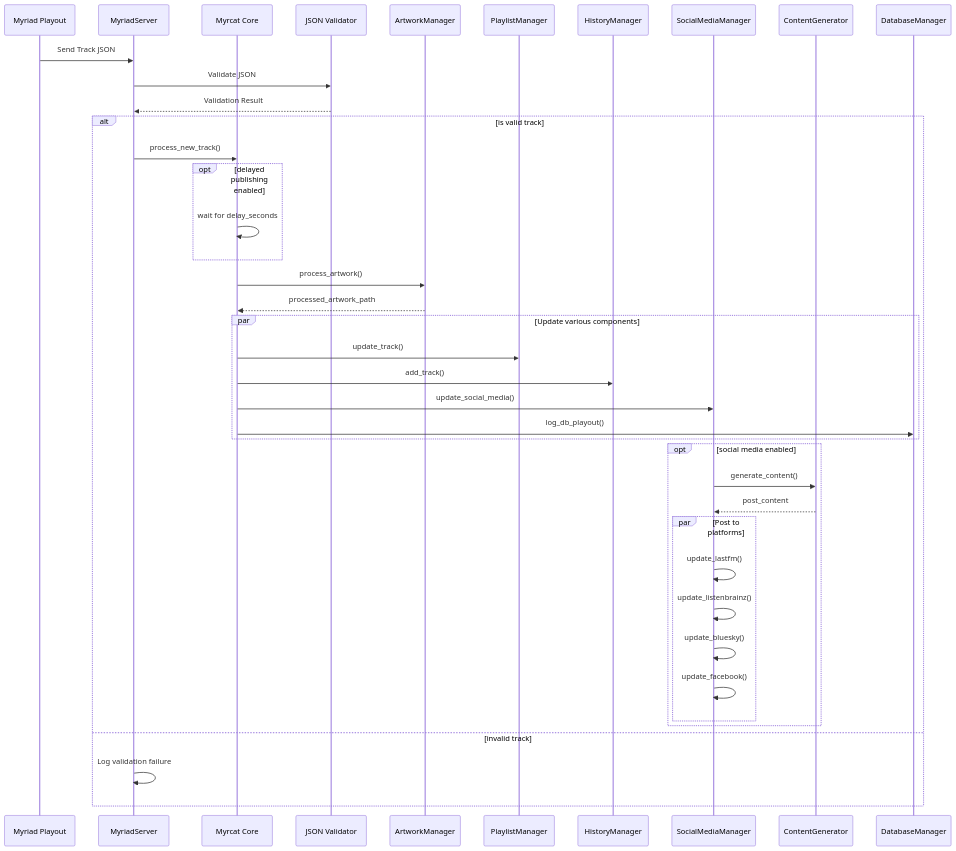
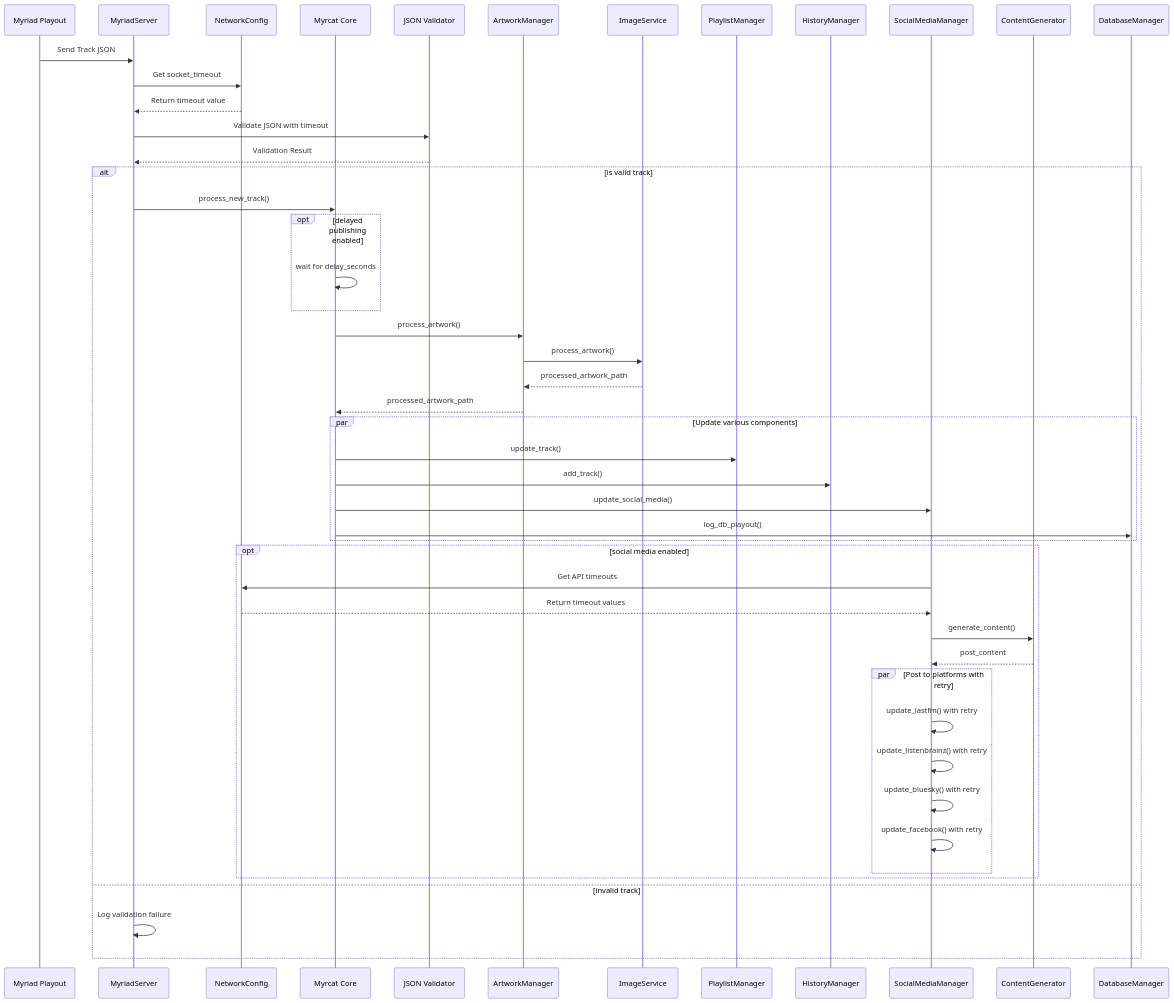
One commit to slyderc/myrcat changed the second of 3 diagrams in docs/ARCHITECTURE.md. Above: the diagram before and after it, drawn with Mermaid. The commit also changed other lines of this file and 20 other files, not shown here.

Commit message:
major refactor for utilities; update documentation; network config. settings

````diff
--- a/docs/ARCHITECTURE.md
+++ b/docs/ARCHITECTURE.md
@@ -534,49 +675,57 @@
 ```mermaid
 sequenceDiagram
     participant Myriad as Myriad Playout
     participant Server as MyriadServer
+    participant NetworkConfig as NetworkConfig
     participant Core as Myrcat Core
     participant Validator as JSON Validator
     participant Artwork as ArtworkManager
+    participant ImageService as ImageService
     participant Playlist as PlaylistManager
     participant History as HistoryManager
     participant Social as SocialMediaManager
     participant AI as ContentGenerator
     participant DB as DatabaseManager
     
     Myriad->>Server: Send Track JSON
-    Server->>Validator: Validate JSON
+    Server->>NetworkConfig: Get socket_timeout
+    NetworkConfig-->>Server: Return timeout value
+    Server->>Validator: Validate JSON with timeout
     Validator-->>Server: Validation Result
     
     alt is valid track
         Server->>Core: process_new_track()
         
         opt delayed publishing enabled
             Core->>Core: wait for delay_seconds
         end
         
         Core->>Artwork: process_artwork()
+        Artwork->>ImageService: process_artwork()
+        ImageService-->>Artwork: processed_artwork_path
         Artwork-->>Core: processed_artwork_path
         
         par Update various components
             Core->>Playlist: update_track()
             Core->>History: add_track()
             Core->>Social: update_social_media()
             Core->>DB: log_db_playout()
         end
         
         opt social media enabled
+            Social->>NetworkConfig: Get API timeouts
+            NetworkConfig-->>Social: Return timeout values
             Social->>AI: generate_content()
             AI-->>Social: post_content
             
-            par Post to platforms
-                Social->>Social: update_lastfm()
-                Social->>Social: update_listenbrainz()
-                Social->>Social: update_bluesky()
-                Social->>Social: update_facebook() 
+            par Post to platforms with retry
+                Social->>Social: update_lastfm() with retry
+                Social->>Social: update_listenbrainz() with retry
+                Social->>Social: update_bluesky() with retry
+                Social->>Social: update_facebook() with retry
             end
         end
     else invalid track
         Server->>Server: Log validation failure
     end
 ```
````
